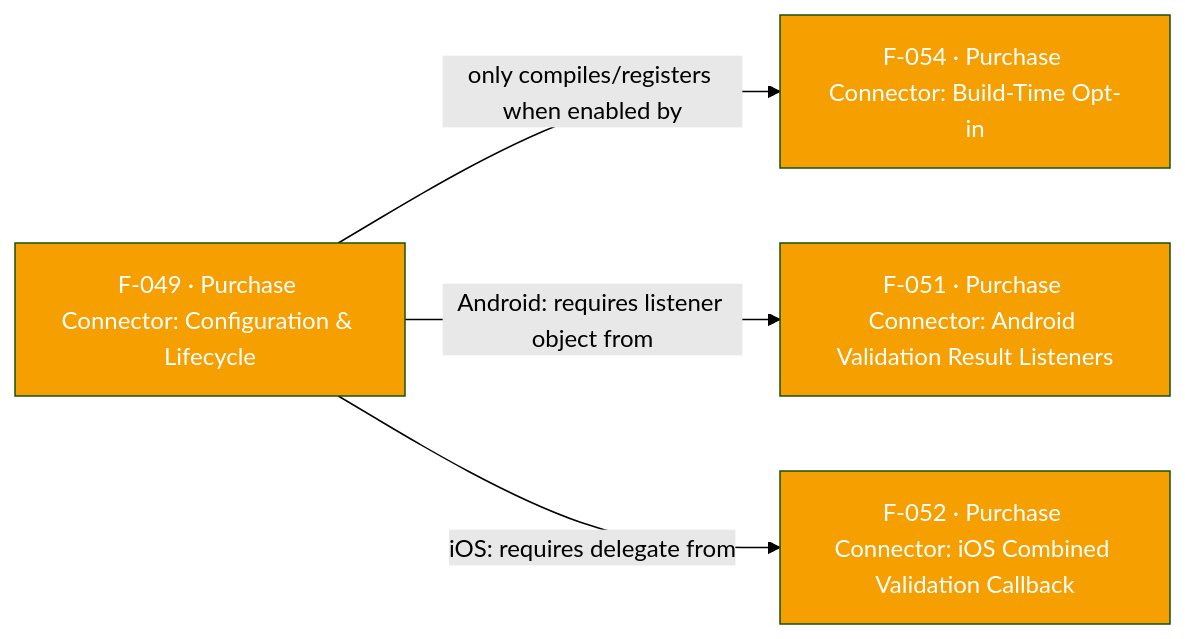
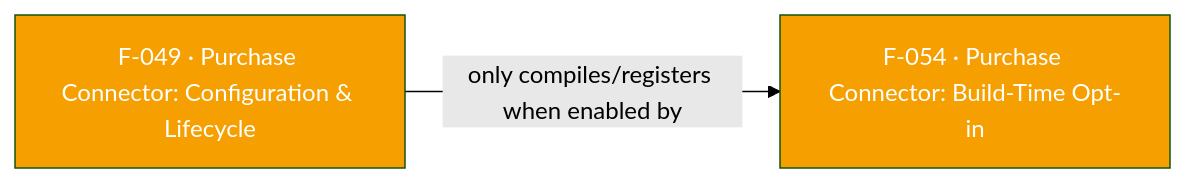
The diagram in internal-docs/features/F-049-purchase-connector-configuration-lifecycle.md (AppsFlyerSDK/appsflyer-flutter-plugin), drawn with Mermaid (forest theme) before and after one commit. The commit also changed other lines of this file and 82 other files, not shown here.

````diff
--- a/internal-docs/features/F-049-purchase-connector-configuration-lifecycle.md
+++ b/internal-docs/features/F-049-purchase-connector-configuration-lifecycle.md
@@ -82,11 +82,7 @@
 ```mermaid
 flowchart LR
     F049["F-049 · Purchase Connector: Configuration & Lifecycle"]:::purchaseValidation
     F054["F-054 · Purchase Connector: Build-Time Opt-in"]:::purchaseValidation
-    F051["F-051 · Purchase Connector: Android Validation Result Listeners"]:::purchaseValidation
-    F052["F-052 · Purchase Connector: iOS Combined Validation Callback"]:::purchaseValidation
     F049 -->|"only compiles/registers when enabled by"| F054
-    F049 -->|"Android: requires listener object from"| F051
-    F049 -->|"iOS: requires delegate from"| F052
     classDef purchaseValidation fill:#F59F00,color:#fff
 ```
````
